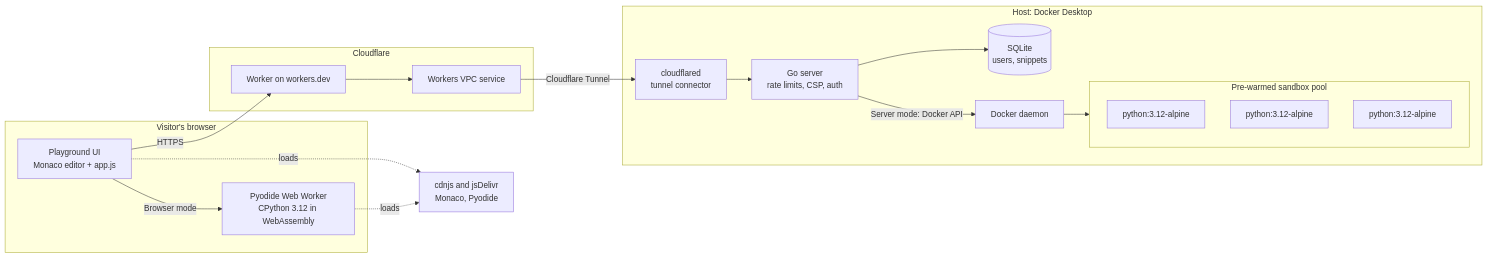
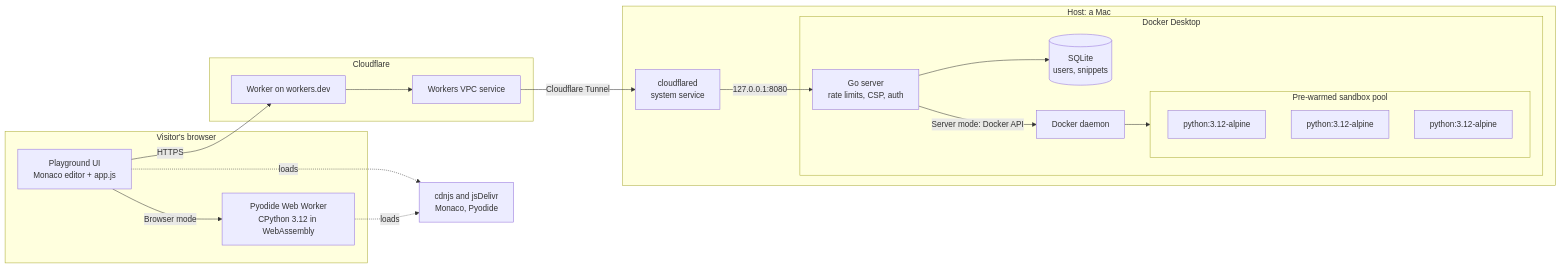
Before and after one commit to 4hbab/coding-playground: the first of 2 diagrams in README.md, drawn with Mermaid. The commit also changed other lines of this file and 5 other files, not shown here.

First line of the commit message:
fix: run cloudflared as a host service and target 127.0.0.1:8080

````diff
--- a/README.md
+++ b/README.md
@@ -40,37 +40,39 @@
 ```mermaid
 flowchart LR
     subgraph browser["Visitor's browser"]
         ui["Playground UI<br/>Monaco editor + app.js"]
         pyodide["Pyodide Web Worker<br/>CPython 3.12 in WebAssembly"]
     end
 
     cdn["cdnjs and jsDelivr<br/>Monaco, Pyodide"]
 
     subgraph cloudflare["Cloudflare"]
         worker["Worker on workers.dev"]
         vpc["Workers VPC service"]
     end
 
-    subgraph host["Host: Docker Desktop"]
-        cloudflared["cloudflared<br/>tunnel connector"]
-        app["Go server<br/>rate limits, CSP, auth"]
-        db[("SQLite<br/>users, snippets")]
-        docker["Docker daemon"]
-        subgraph pool["Pre-warmed sandbox pool"]
-            s1["python:3.12-alpine"]
-            s2["python:3.12-alpine"]
-            s3["python:3.12-alpine"]
+    subgraph host["Host: a Mac"]
+        cloudflared["cloudflared<br/>system service"]
+        subgraph compose["Docker Desktop"]
+            app["Go server<br/>rate limits, CSP, auth"]
+            db[("SQLite<br/>users, snippets")]
+            docker["Docker daemon"]
+            subgraph pool["Pre-warmed sandbox pool"]
+                s1["python:3.12-alpine"]
+                s2["python:3.12-alpine"]
+                s3["python:3.12-alpine"]
+            end
         end
     end
 
     ui -- "Browser mode" --> pyodide
     ui -. "loads" .-> cdn
     pyodide -. "loads" .-> cdn
     ui -- "HTTPS" --> worker
     worker --> vpc
     vpc -- "Cloudflare Tunnel" --> cloudflared
-    cloudflared --> app
+    cloudflared -- "127.0.0.1:8080" --> app
     app --> db
     app -- "Server mode: Docker API" --> docker
     docker --> pool
 ```
````
